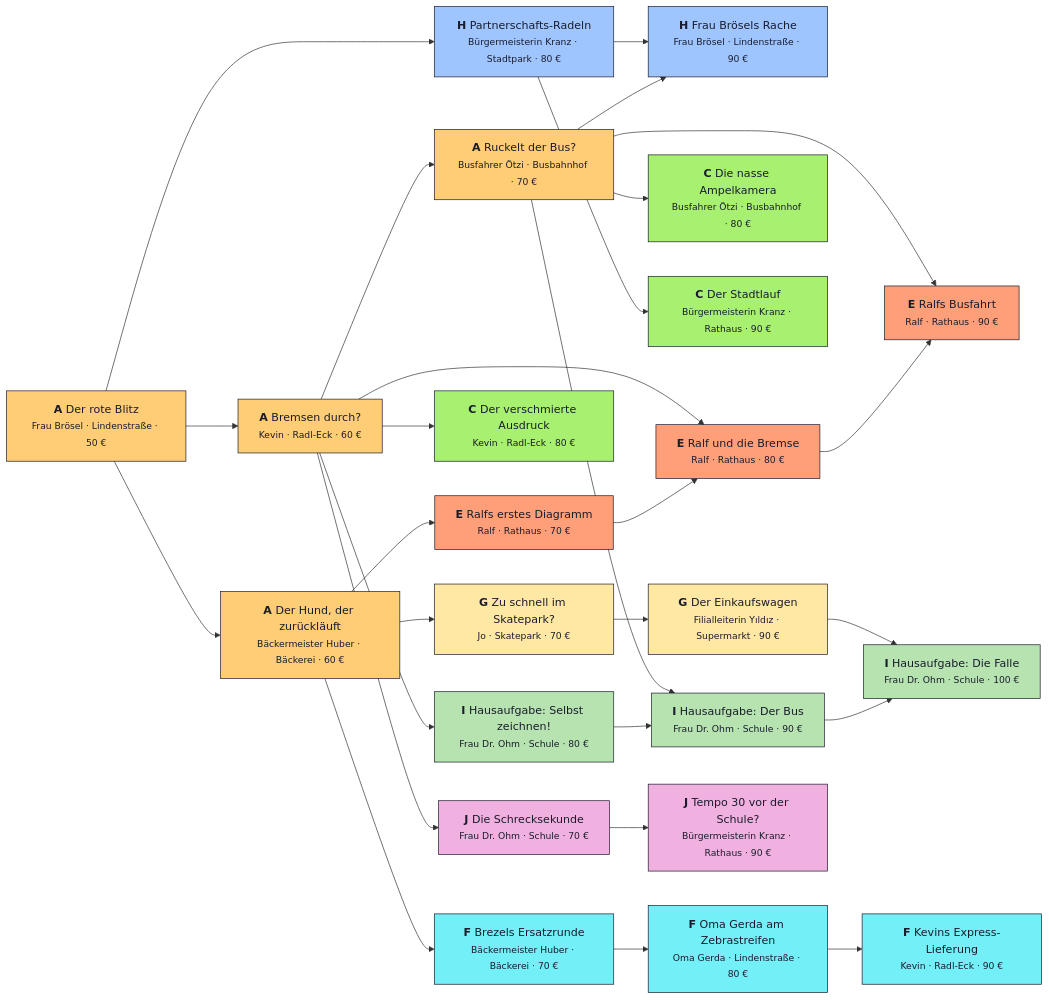
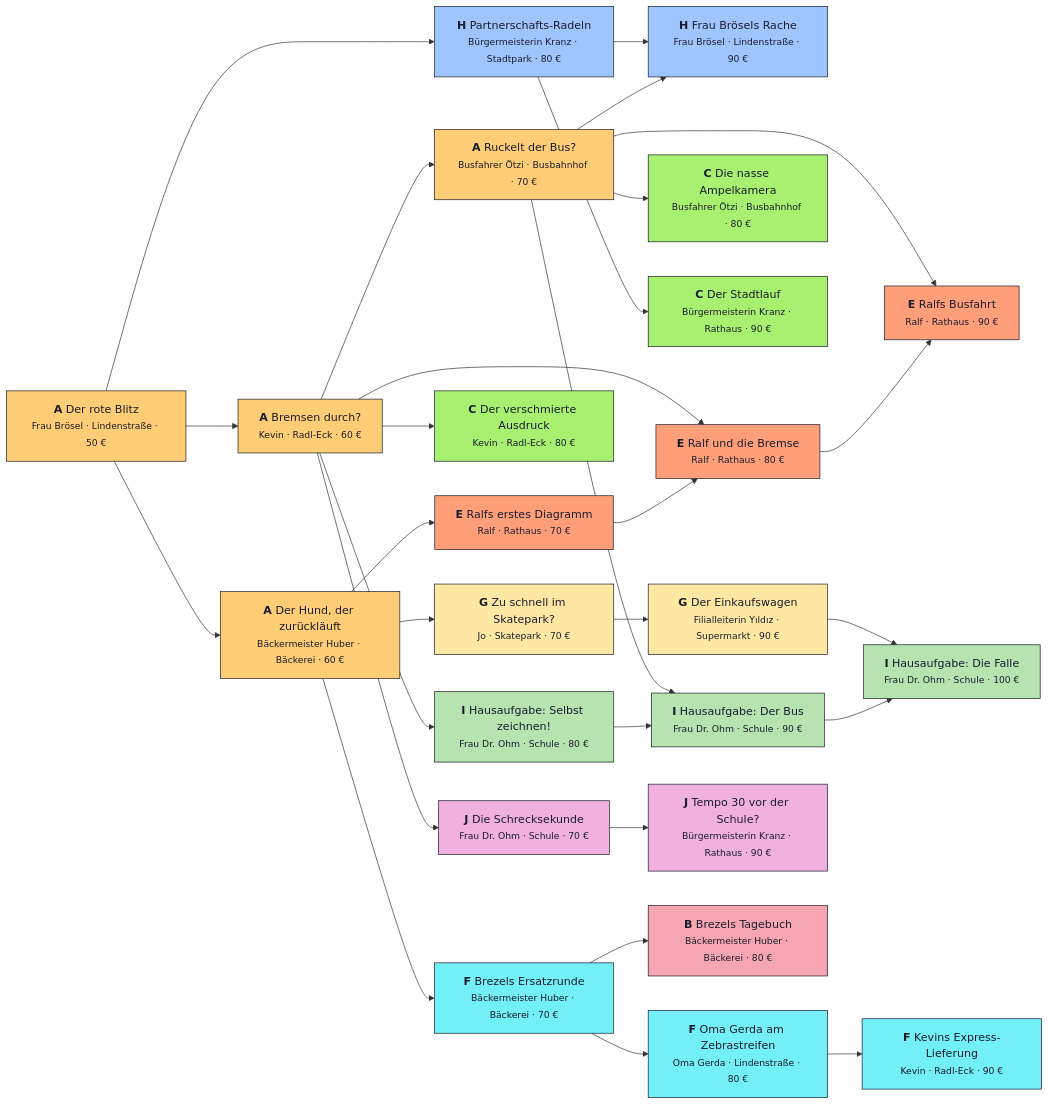
Before and after one commit to MJMssnr/amt-fuer-bewegung: the diagram in docs/QUESTPLAN.md, drawn with Mermaid. The commit also changed other lines of this file and 9 other files, not shown here.

First line of the commit message:
W16: Typ B Freihand mit Auto-Begradigung (1 Auftrag: Brezels Tagebuch)

````diff
--- a/docs/QUESTPLAN.md
+++ b/docs/QUESTPLAN.md
@@ -10,63 +10,65 @@
 ```mermaid
 flowchart LR
   t01_sportwagen["<b>A</b> Der rote Blitz<br/><small>Frau Brösel · Lindenstraße · 50 €</small>"]:::tA
   t02_kevin["<b>A</b> Bremsen durch?<br/><small>Kevin · Radl-Eck · 60 €</small>"]:::tA
   t03_bus["<b>A</b> Ruckelt der Bus?<br/><small>Busfahrer Ötzi · Busbahnhof · 70 €</small>"]:::tA
   t04_brezel["<b>A</b> Der Hund, der zurückläuft<br/><small>Bäckermeister Huber · Bäckerei · 60 €</small>"]:::tA
   t05_radeln["<b>H</b> Partnerschafts-Radeln<br/><small>Bürgermeisterin Kranz · Stadtpark · 80 €</small>"]:::tH
   t06_broesel_ampel["<b>H</b> Frau Brösels Rache<br/><small>Frau Brösel · Lindenstraße · 90 €</small>"]:::tH
   t07_skater["<b>G</b> Zu schnell im Skatepark?<br/><small>Jo · Skatepark · 70 €</small>"]:::tG
   t08_einkaufswagen["<b>G</b> Der Einkaufswagen<br/><small>Filialleiterin Yıldız · Supermarkt · 90 €</small>"]:::tG
   t09_tacho["<b>C</b> Der verschmierte Ausdruck<br/><small>Kevin · Radl-Eck · 80 €</small>"]:::tC
   t10_ampelkamera["<b>C</b> Die nasse Ampelkamera<br/><small>Busfahrer Ötzi · Busbahnhof · 80 €</small>"]:::tC
   t11_stadtlauf["<b>C</b> Der Stadtlauf<br/><small>Bürgermeisterin Kranz · Rathaus · 90 €</small>"]:::tC
   t12_ralf_brezel["<b>E</b> Ralfs erstes Diagramm<br/><small>Ralf · Rathaus · 70 €</small>"]:::tE
   t13_ralf_kevin["<b>E</b> Ralf und die Bremse<br/><small>Ralf · Rathaus · 80 €</small>"]:::tE
   t14_ralf_bus["<b>E</b> Ralfs Busfahrt<br/><small>Ralf · Rathaus · 90 €</small>"]:::tE
   t15_live_brezel["<b>F</b> Brezels Ersatzrunde<br/><small>Bäckermeister Huber · Bäckerei · 70 €</small>"]:::tF
   t16_live_gerda["<b>F</b> Oma Gerda am Zebrastreifen<br/><small>Oma Gerda · Lindenstraße · 80 €</small>"]:::tF
   t17_live_kevin["<b>F</b> Kevins Express-Lieferung<br/><small>Kevin · Radl-Eck · 90 €</small>"]:::tF
   t18_konstrukt_kevin["<b>I</b> Hausaufgabe: Selbst zeichnen!<br/><small>Frau Dr. Ohm · Schule · 80 €</small>"]:::tI
   t19_konstrukt_bus["<b>I</b> Hausaufgabe: Der Bus<br/><small>Frau Dr. Ohm · Schule · 90 €</small>"]:::tI
   t20_konstrukt_wagen["<b>I</b> Hausaufgabe: Die Falle<br/><small>Frau Dr. Ohm · Schule · 100 €</small>"]:::tI
   t21_reaktion_rad["<b>J</b> Die Schrecksekunde<br/><small>Frau Dr. Ohm · Schule · 70 €</small>"]:::tJ
   t22_reaktion_auto["<b>J</b> Tempo 30 vor der Schule?<br/><small>Bürgermeisterin Kranz · Rathaus · 90 €</small>"]:::tJ
+  t23_freihand_brezel["<b>B</b> Brezels Tagebuch<br/><small>Bäckermeister Huber · Bäckerei · 80 €</small>"]:::tB
   t01_sportwagen --> t02_kevin
   t02_kevin --> t03_bus
   t01_sportwagen --> t04_brezel
   t01_sportwagen --> t05_radeln
   t03_bus --> t06_broesel_ampel
   t05_radeln --> t06_broesel_ampel
   t04_brezel --> t07_skater
   t07_skater --> t08_einkaufswagen
   t02_kevin --> t09_tacho
   t03_bus --> t10_ampelkamera
   t05_radeln --> t11_stadtlauf
   t04_brezel --> t12_ralf_brezel
   t12_ralf_brezel --> t13_ralf_kevin
   t02_kevin --> t13_ralf_kevin
   t13_ralf_kevin --> t14_ralf_bus
   t03_bus --> t14_ralf_bus
   t04_brezel --> t15_live_brezel
   t15_live_brezel --> t16_live_gerda
   t16_live_gerda --> t17_live_kevin
   t02_kevin --> t18_konstrukt_kevin
   t18_konstrukt_kevin --> t19_konstrukt_bus
   t03_bus --> t19_konstrukt_bus
   t19_konstrukt_bus --> t20_konstrukt_wagen
   t08_einkaufswagen --> t20_konstrukt_wagen
   t02_kevin --> t21_reaktion_rad
   t21_reaktion_rad --> t22_reaktion_auto
+  t15_live_brezel --> t23_freihand_brezel
   classDef tA fill:#ffcd75,stroke:#1a1c2c,color:#1a1c2c
   classDef tB fill:#f6a6b2,stroke:#1a1c2c,color:#1a1c2c
   classDef tC fill:#a7f070,stroke:#1a1c2c,color:#1a1c2c
   classDef tD fill:#c7a6ff,stroke:#1a1c2c,color:#1a1c2c
   classDef tE fill:#ff9f7a,stroke:#1a1c2c,color:#1a1c2c
   classDef tF fill:#73eff7,stroke:#1a1c2c,color:#1a1c2c
   classDef tG fill:#ffe8a3,stroke:#1a1c2c,color:#1a1c2c
   classDef tH fill:#9fc5ff,stroke:#1a1c2c,color:#1a1c2c
   classDef tI fill:#b6e3b0,stroke:#1a1c2c,color:#1a1c2c
   classDef tJ fill:#f0b0e0,stroke:#1a1c2c,color:#1a1c2c
   classDef tK fill:#d9d9a0,stroke:#1a1c2c,color:#1a1c2c
   classDef tL fill:#a0d9d0,stroke:#1a1c2c,color:#1a1c2c
 ```
````
